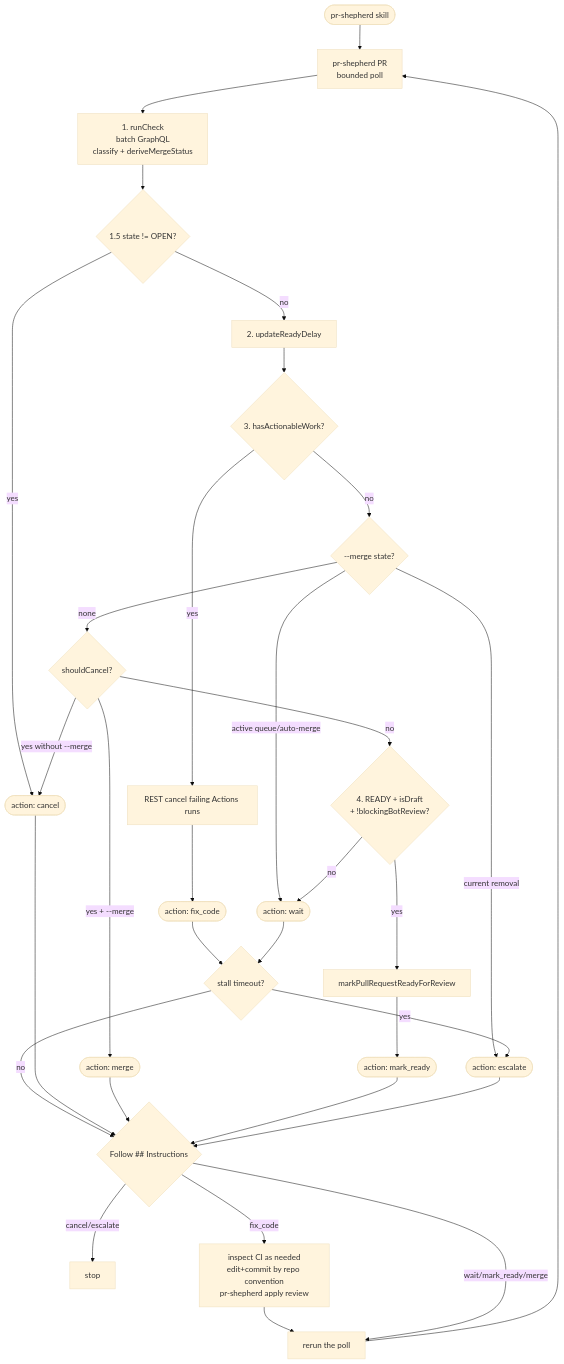
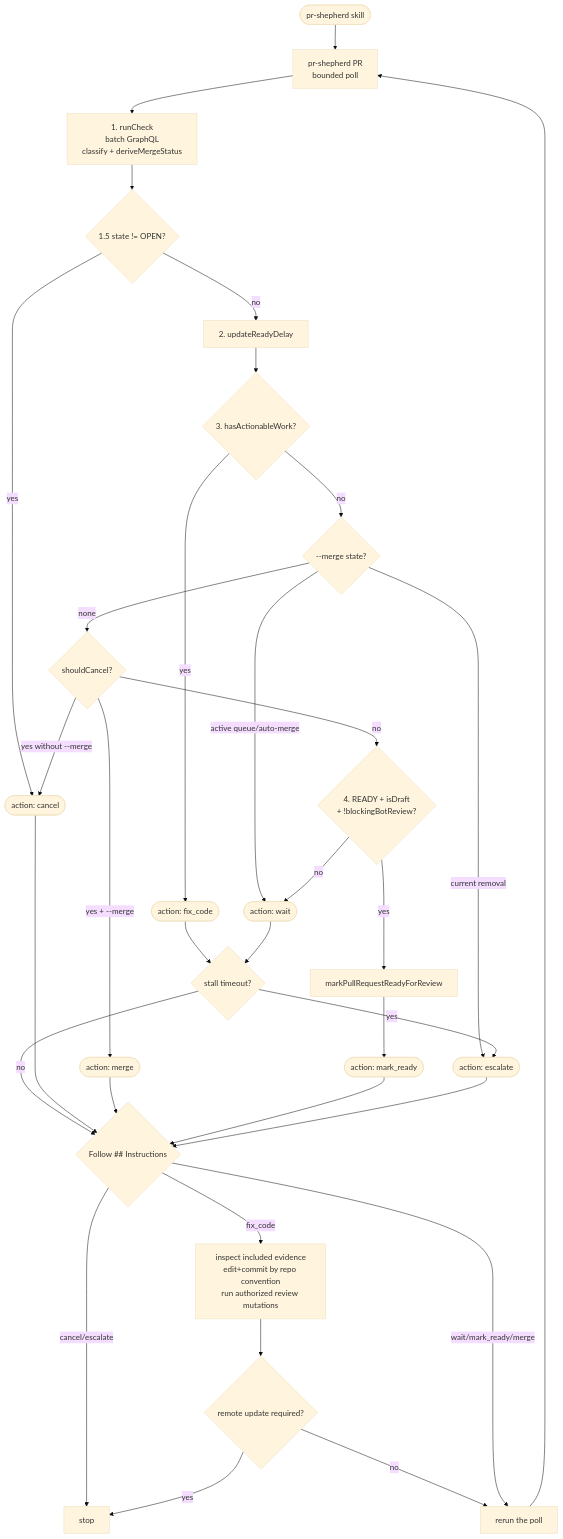
One commit to jonathanong/pr-shepherd changed the diagram in docs/iterate-flow.md. Above: the diagram before and after it, drawn with Mermaid (base theme). The commit also changed other lines of this file and 195 other files, not shown here.

First line of the commit message:
fix: gate shepherd actions by viewer authorization (#375)

````diff
--- a/docs/iterate-flow.md
+++ b/docs/iterate-flow.md
@@ -9,39 +9,40 @@
 ```mermaid
 flowchart TD
   U(["pr-shepherd skill"]) --> POLL["pr-shepherd PR<br/>bounded poll"]
 
   POLL --> S1["1. runCheck<br/>batch GraphQL<br/>classify + deriveMergeStatus"]
 
   S1 --> S15{"1.5 state != OPEN?"}
   S15 -->|yes| A_CAN(["action: cancel"])
   S15 -->|no| S2["2. updateReadyDelay"]
   S2 --> S3{"3. hasActionableWork?"}
-  S3 -->|yes| S3X["REST cancel failing Actions runs"]
-  S3X --> A_FIX(["action: fix_code"])
+  S3 -->|yes| A_FIX(["action: fix_code"])
   S3 -->|no| SM{"--merge state?"}
   SM -->|active queue/auto-merge| A_W(["action: wait"])
   SM -->|current removal| A_ESC(["action: escalate"])
   SM -->|none| S2C{"shouldCancel?"}
   S2C -->|yes + --merge| A_MERGE(["action: merge"])
   S2C -->|yes without --merge| A_CAN
   S2C -->|no| S4{"4. READY + isDraft<br/>+ !blockingBotReview?"}
   S4 -->|yes| S4X["markPullRequestReadyForReview"]
   S4X --> A_MR(["action: mark_ready"])
   S4 -->|no| A_W(["action: wait"])
 
   A_FIX --> STALL{"stall timeout?"}
   A_W --> STALL
   STALL -->|yes| A_ESC(["action: escalate"])
   STALL -->|no| DEC{"Follow ## Instructions"}
 
   A_CAN --> DEC
   A_MERGE --> DEC
   A_MR --> DEC
   A_ESC --> DEC
 
   DEC -->|cancel/escalate| STOP["stop"]
-  DEC -->|fix_code| FIX["inspect CI as needed<br/>edit+commit by repo convention<br/>pr-shepherd apply review"]
-  FIX --> RERUN["rerun the poll"]
+  DEC -->|fix_code| FIX["inspect included evidence<br/>edit+commit by repo convention<br/>run authorized review mutations"]
+  FIX --> REMOTE{"remote update required?"}
+  REMOTE -->|yes| STOP
+  REMOTE -->|no| RERUN["rerun the poll"]
   DEC -->|wait/mark_ready/merge| RERUN
   RERUN --> POLL
 ```
````
